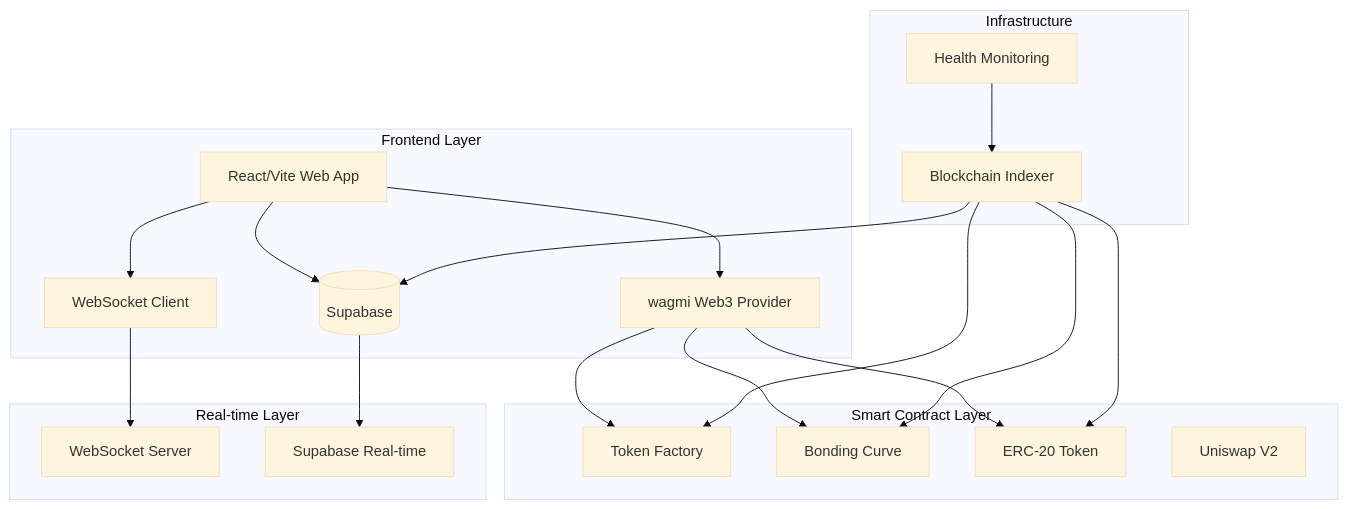
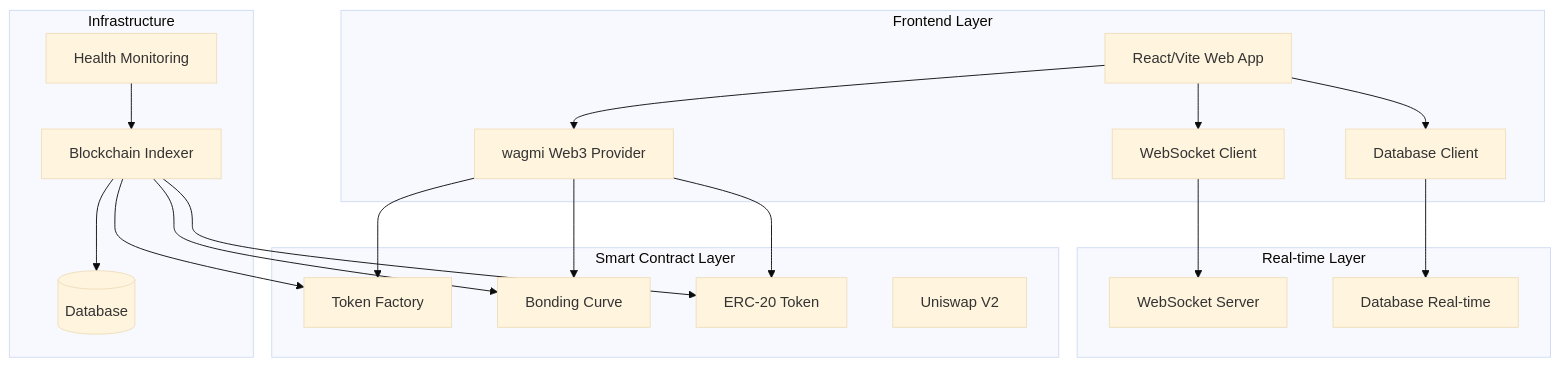
Before and after one commit to RavoEth/RAVO-DOC: the diagram in developer/integration.md, drawn with Mermaid (base theme). The commit also changed other lines of this file and 30 other files, not shown here.

````diff
--- a/developer/integration.md
+++ b/developer/integration.md
@@ -65,41 +64,41 @@
 ```mermaid
 graph TB
     subgraph "Frontend Layer"
         REACT[React/Vite Web App]
         WAGMI[wagmi Web3 Provider]
         WS_CLIENT[WebSocket Client]
-        SUPABASE[Supabase Client]
+        DB_CLIENT[Database Client]
     end
 
     subgraph "Real-time Layer"
         WS_SERV[WebSocket Server]
-        SUPABASE_API[Supabase Real-time]
+        DB_API[Database Real-time]
     end
 
     subgraph "Smart Contract Layer"
         FACTORY[Token Factory]
         BONDING[Bonding Curve]
         TOKEN[ERC-20 Token]
         UNI[Uniswap V2]
     end
 
     subgraph "Infrastructure"
         INDEXER[Blockchain Indexer]
-        SUPABASE[(Supabase)]
+        DATABASE[(Database)]
         MONITOR[Health Monitoring]
     end
 
     REACT --> WAGMI
     REACT --> WS_CLIENT
-    REACT --> SUPABASE
+    REACT --> DB_CLIENT
     WAGMI --> FACTORY
     WAGMI --> BONDING
     WAGMI --> TOKEN
     WS_CLIENT --> WS_SERV
-    SUPABASE --> SUPABASE_API
+    DB_CLIENT --> DB_API
     INDEXER --> FACTORY
     INDEXER --> BONDING
     INDEXER --> TOKEN
-    INDEXER --> SUPABASE
+    INDEXER --> DATABASE
     MONITOR --> INDEXER
 ```
````
